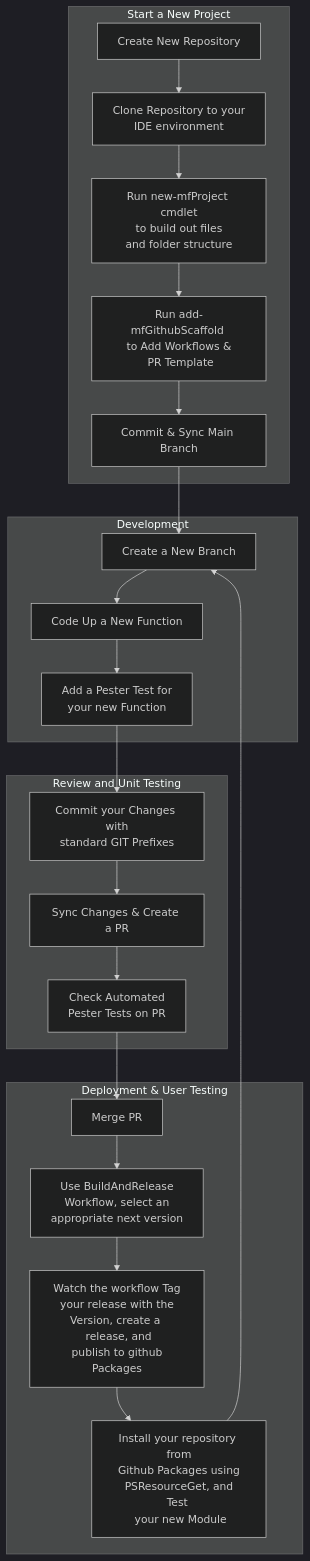
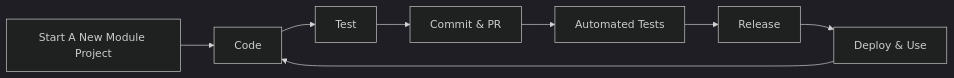
The diagram in README.md (adrian-andersson/ModuleForge), drawn with Mermaid (dark theme) before and after one commit. The commit also changed other lines of this file and 2 other files, not shown here.

````diff
--- a/README.md
+++ b/README.md
@@ -69,27 +47,11 @@
 ```mermaid
 
-graph TD;
-  subgraph Start a New Project
-    A[Create New Repository] --> B[Clone Repository to your<br/> IDE environment]
-    B --> C[Run new-mfProject cmdlet<br/>to build out files<br/>and folder structure]
-    C --> D[Run add-mfGithubScaffold <br/>to Add Workflows &<br/> PR Template]
-    D --> E[Commit & Sync Main Branch]
-  end
-  subgraph Development
-    E --> F[Create a New Branch]
-    F --> G[Code Up a New Function]
-    G --> H[Add a Pester Test for <br/> your new Function]
-  end
-  subgraph Review and Unit Testing
-    H --> I[Commit your Changes with<br/>standard GIT Prefixes]
-    I --> J[Sync Changes & Create a PR]
-    J --> K[Check Automated<br/> Pester Tests on PR]
-  end
-  subgraph Deployment & User Testing
-    K --> L[Merge PR]
-    L --> M[Use BuildAndRelease<br/> Workflow, select an <br/>appropriate next version]
-    M --> N[Watch the workflow Tag<br/> your release with the <br/>Version, create a <br/> release, and<br/> publish to github Packages]
-    N --> O[Install your repository from<br/> Github Packages using <br/> PSResourceGet, and Test <br/> your new Module]
-  end
-    O --> F
+graph LR
+  A[Start A New Module Project] --> B[Code]
+  B --> C[Test]
+  C --> D[Commit & PR]
+  D --> E[Automated Tests]
+  E --> F[Release]
+  F --> G[Deploy & Use]
+  G --> B
 ```
````
